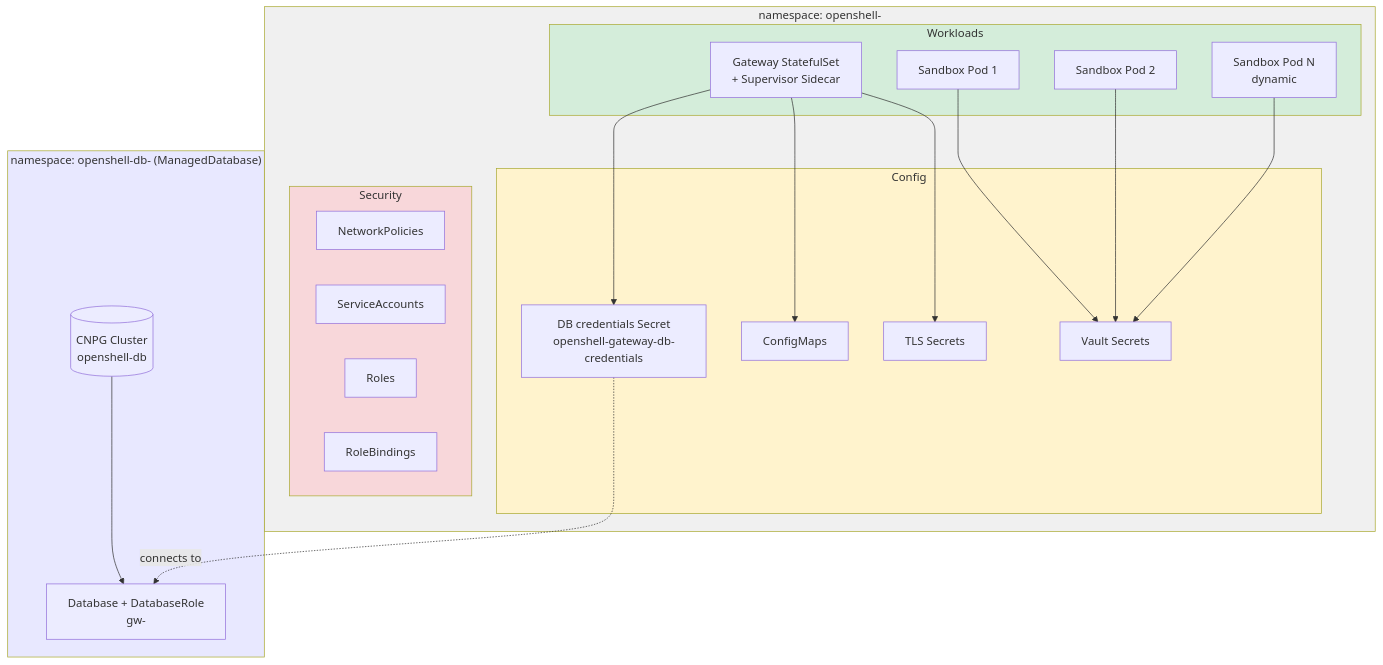
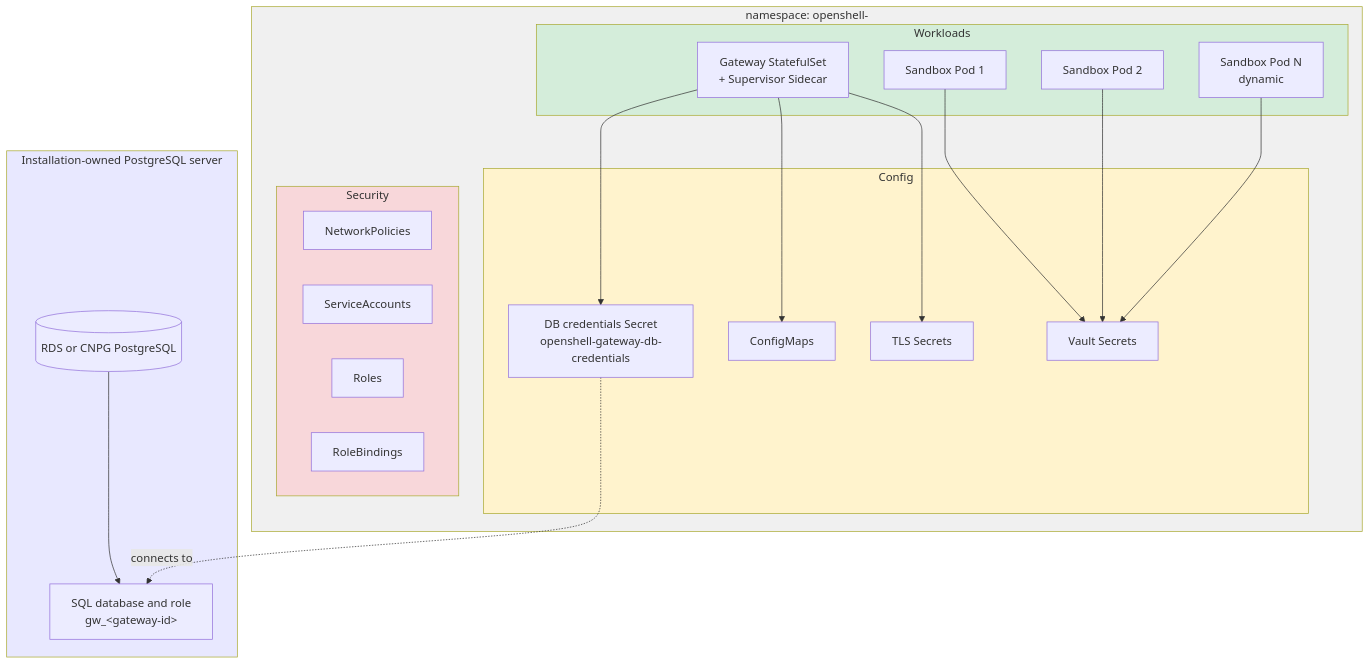
The seventh of 8 diagrams in specs/platform/global-architecture.spec.md (openshift-online/hypershell), drawn with Mermaid before and after one commit. The commit also changed other lines of this file and 22 other files, not shown here.

Commit message:
docs(spec): replace managed database contracts

````diff
--- a/specs/platform/global-architecture.spec.md
+++ b/specs/platform/global-architecture.spec.md
@@ -992,45 +982,45 @@
 ```mermaid
 graph TB
     subgraph NS["namespace: openshell-<gateway-hash>"]
         subgraph Workloads
             GW[Gateway StatefulSet<br/>+ Supervisor Sidecar]
             SB1[Sandbox Pod 1]
             SB2[Sandbox Pod 2]
             SBN[Sandbox Pod N<br/>dynamic]
         end
         
         subgraph Config
             CM[ConfigMaps]
             SEC[TLS Secrets]
             VSEC[Vault Secrets]
             DBC[DB credentials Secret<br/>openshell-gateway-db-credentials]
         end
         
         subgraph Security
             NP[NetworkPolicies]
             SA[ServiceAccounts]
             ROLE[Roles]
             RB[RoleBindings]
         end
     end
     
-    subgraph DBNS["namespace: openshell-db-<hash> (ManagedDatabase)"]
-        DB[(CNPG Cluster<br/>openshell-db)]
-        DBR[Database + DatabaseRole<br/>gw-<gateway-id>]
+    subgraph DBNS["Installation-owned PostgreSQL server"]
+        DB[(RDS or CNPG PostgreSQL)]
+        DBR[SQL database and role<br/>gw_&lt;gateway-id&gt;]
         DB --> DBR
     end
     
     GW --> DBC
     DBC -.->|connects to| DBR
     GW --> CM
     GW --> SEC
     SB1 --> VSEC
     SB2 --> VSEC
     SBN --> VSEC
     
     style NS fill:#f0f0f0
     style DBNS fill:#e8e8ff
     style Workloads fill:#d4edda
     style Config fill:#fff3cd
     style Security fill:#f8d7da
 ```
````
